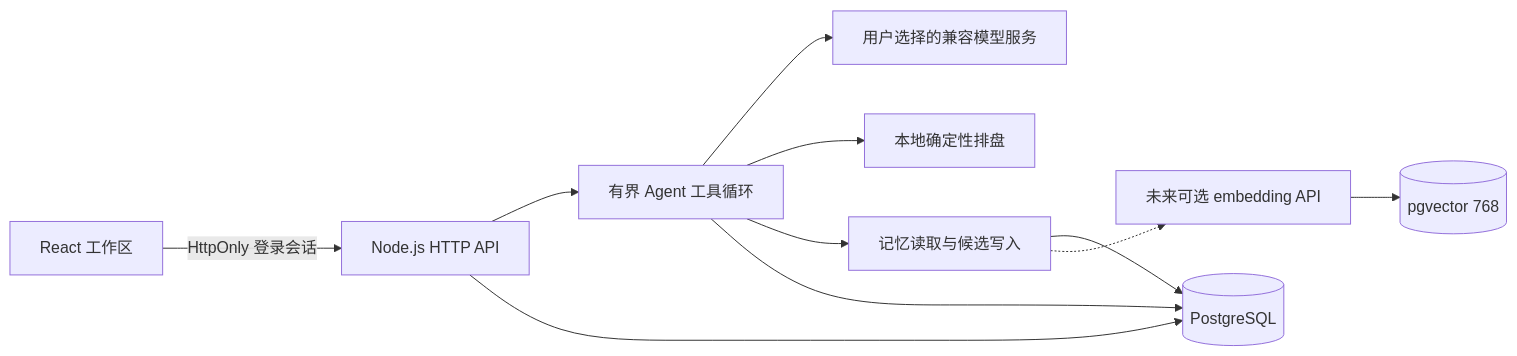
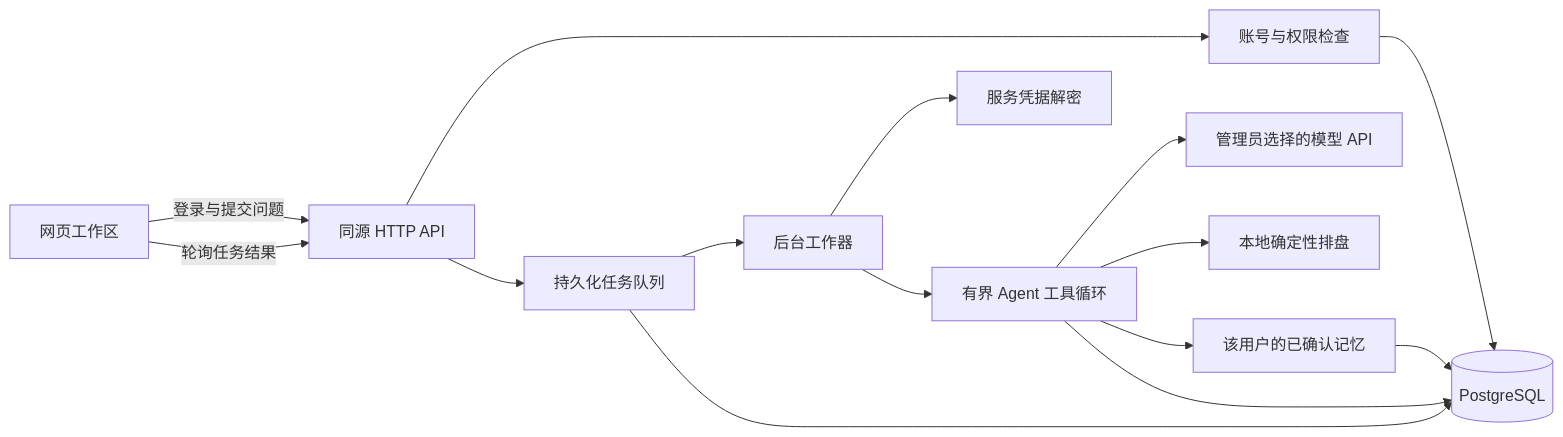
The diagram in docs/agent-architecture.md (xinglabs/guanxing), drawn with Mermaid before and after one commit. The commit also changed other lines of this file and 38 other files, not shown here.

````diff
--- a/docs/agent-architecture.md
+++ b/docs/agent-architecture.md
@@ -5,13 +13,17 @@
 ```mermaid
 flowchart LR
-  UI[React 工作区] -->|HttpOnly 登录会话| API[Node.js HTTP API]
-  API --> Agent[有界 Agent 工具循环]
-  Agent --> Model[用户选择的兼容模型服务]
+  UI[网页工作区] -->|登录与提交问题| API[同源 HTTP API]
+  API --> Auth[账号与权限检查]
+  Auth --> DB[(PostgreSQL)]
+  API --> Jobs[持久化任务队列]
+  Jobs --> Worker[后台工作器]
+  Worker --> Vault[服务凭据解密]
+  Worker --> Agent[有界 Agent 工具循环]
+  Agent --> Model[管理员选择的模型 API]
   Agent --> Chart[本地确定性排盘]
-  Agent --> Memory[记忆读取与候选写入]
-  API --> Store[(PostgreSQL)]
-  Agent --> Store
-  Memory --> Store
-  Memory -.-> Embedding[未来可选 embedding API]
-  Embedding --> Vector[(pgvector 768)]
+  Agent --> Memory[该用户的已确认记忆]
+  Agent --> DB
+  Memory --> DB
+  Jobs --> DB
+  UI -->|轮询任务结果| API
 ```
````
